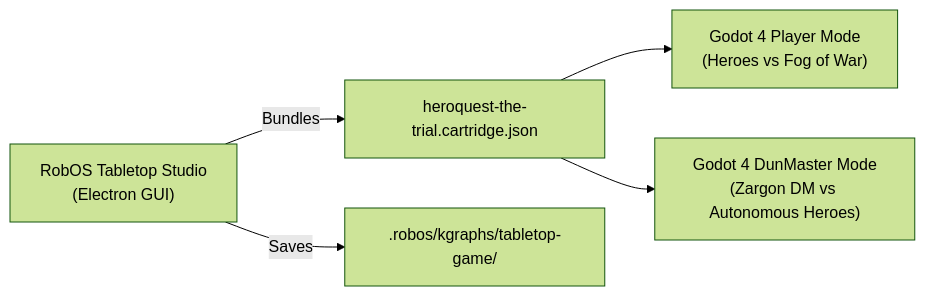
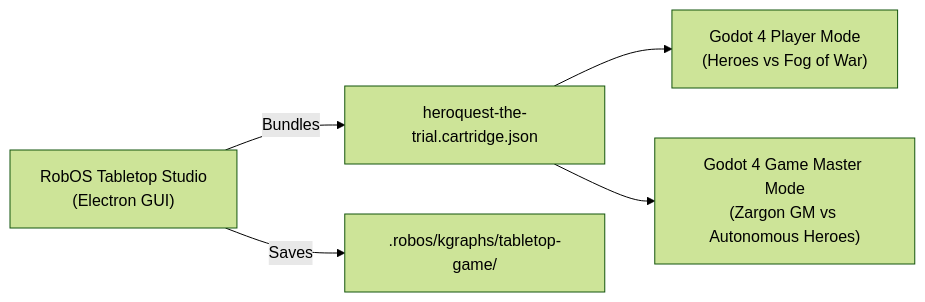
The diagram in docs/_apps/robos-tabletop.md (nddipiazza/robos), drawn with Mermaid (forest theme) before and after one commit. The commit also changed other lines of this file and 4 other files, not shown here.

Commit message:
feat(tabletop): rename DunMaster button and execution role to Game Master

````diff
--- a/docs/_apps/robos-tabletop.md
+++ b/docs/_apps/robos-tabletop.md
@@ -27,7 +27,7 @@
 ```mermaid
 flowchart LR
     Editor["RobOS Tabletop Studio<br/>(Electron GUI)"] -->|Bundles| Cart["heroquest-the-trial.cartridge.json"]
     Editor -->|Saves| KGraph[".robos/kgraphs/tabletop-game/"]
     Cart --> Player["Godot 4 Player Mode<br/>(Heroes vs Fog of War)"]
-    Cart --> DM["Godot 4 DunMaster Mode<br/>(Zargon DM vs Autonomous Heroes)"]
+    Cart --> GM["Godot 4 Game Master Mode<br/>(Zargon GM vs Autonomous Heroes)"]
 ```
````
